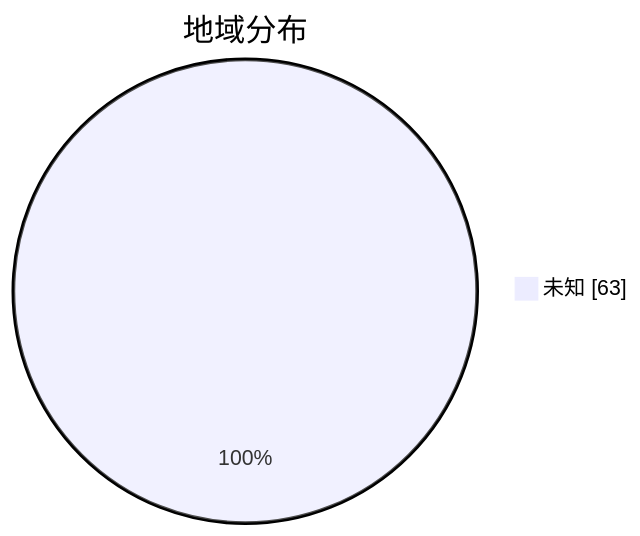
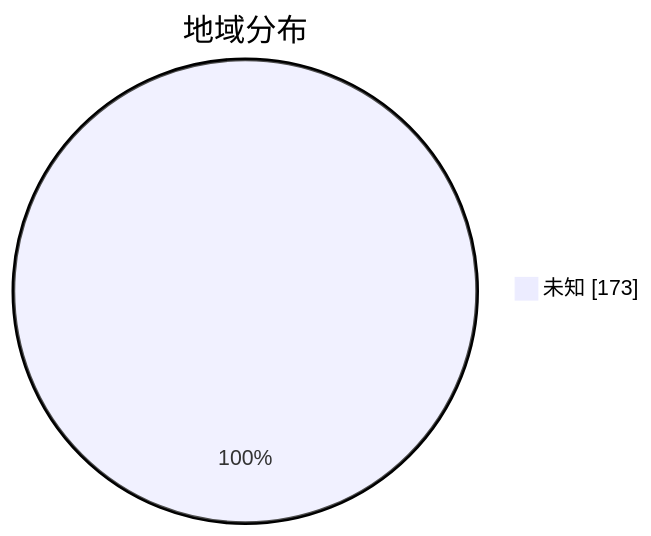
One commit to qjlxg/airport changed the second of 3 diagrams in subs/statistics/tested_within.md. Above: the diagram before and after it, drawn with Mermaid. The commit also changed other lines of this file and 2 other files, not shown here.

````diff
--- a/subs/statistics/tested_within.md
+++ b/subs/statistics/tested_within.md
@@ -11,5 +11,5 @@
 ```mermaid
 pie showData
 title 地域分布
-"未知" : 63
+"未知" : 173
 ```
````
